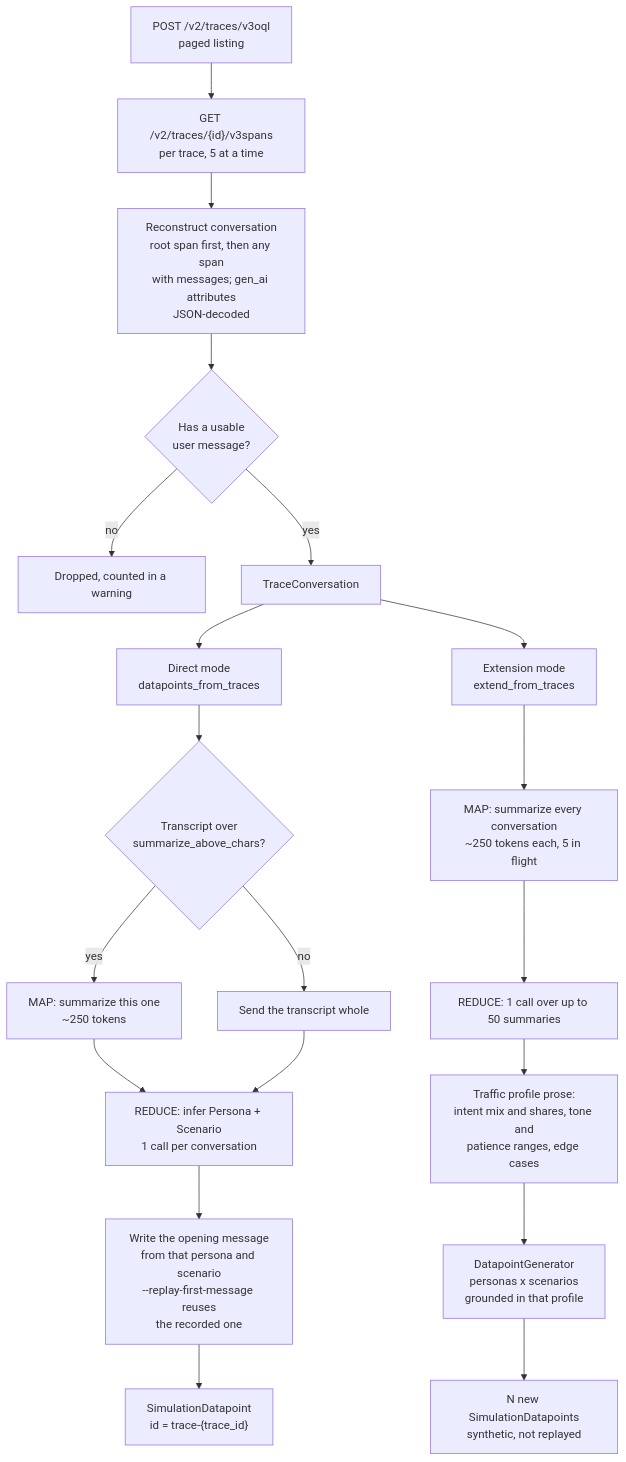
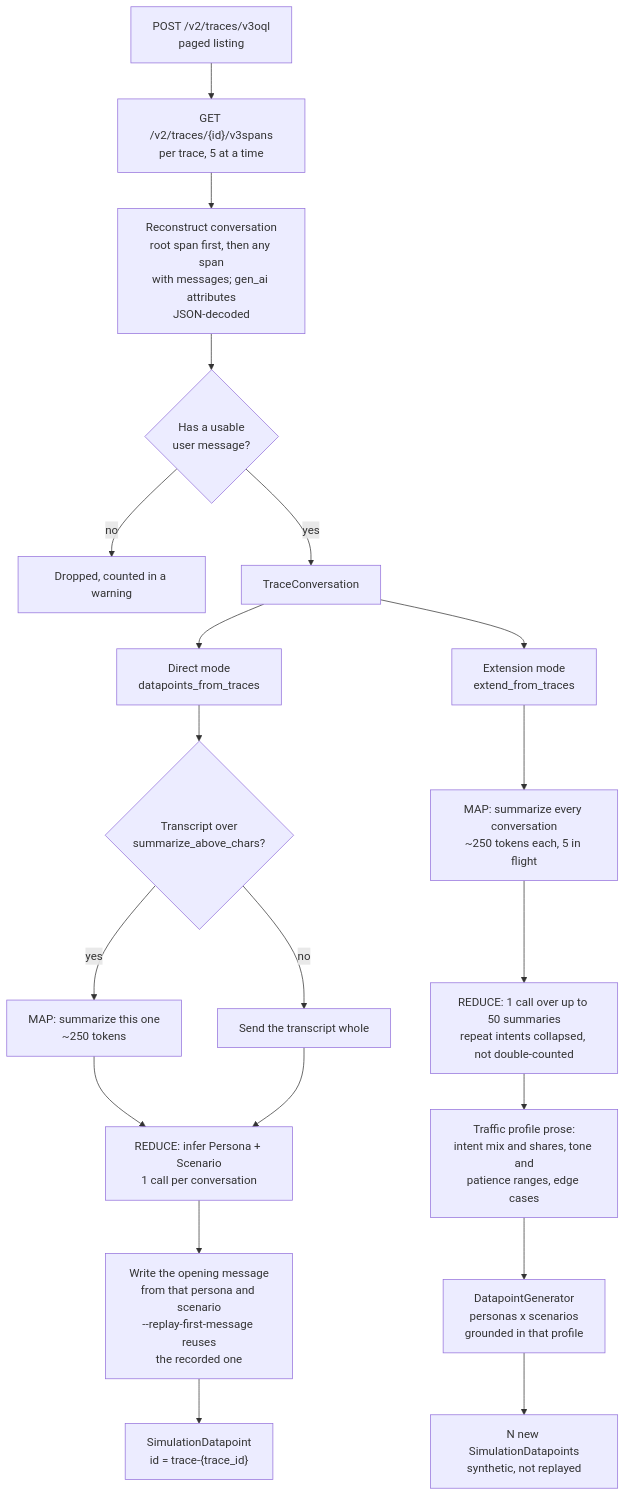
Before and after one commit to orq-ai/evaluatorq: the second of 2 diagrams in docs/guides/agent-simulation.md, drawn with Mermaid. The commit also changed other lines of this file and 2 other files, not shown here.

````diff
--- a/docs/guides/agent-simulation.md
+++ b/docs/guides/agent-simulation.md
@@ -443,25 +443,25 @@
 ```mermaid
 flowchart TD
     A["POST /v2/traces/v3oql<br/>paged listing"] --> B["GET /v2/traces/{id}/v3spans<br/>per trace, 5 at a time"]
     B --> C["Reconstruct conversation<br/>root span first, then any span<br/>with messages; gen_ai attributes<br/>JSON-decoded"]
     C --> D{"Has a usable<br/>user message?"}
     D -- "no" --> E["Dropped, counted in a warning"]
     D -- "yes" --> F["TraceConversation"]
 
     F --> G["Direct mode<br/>datapoints_from_traces"]
     F --> H["Extension mode<br/>extend_from_traces"]
 
     G --> G1{"Transcript over<br/>summarize_above_chars?"}
     G1 -- "yes" --> G2["MAP: summarize this one<br/>~250 tokens"]
     G1 -- "no" --> G3["Send the transcript whole"]
     G2 --> I["REDUCE: infer Persona + Scenario<br/>1 call per conversation"]
     G3 --> I
     I --> J["Write the opening message<br/>from that persona and scenario<br/>--replay-first-message reuses<br/>the recorded one"]
     J --> K["SimulationDatapoint<br/>id = trace-{trace_id}"]
 
     H --> H1["MAP: summarize every conversation<br/>~250 tokens each, 5 in flight"]
-    H1 --> L["REDUCE: 1 call over up to 50 summaries"]
+    H1 --> L["REDUCE: 1 call over up to 50 summaries<br/>repeat intents collapsed, not double-counted"]
     L --> M["Traffic profile prose:<br/>intent mix and shares, tone and<br/>patience ranges, edge cases"]
     M --> N["DatapointGenerator<br/>personas x scenarios<br/>grounded in that profile"]
     N --> O["N new SimulationDatapoints<br/>synthetic, not replayed"]
 ```
````
